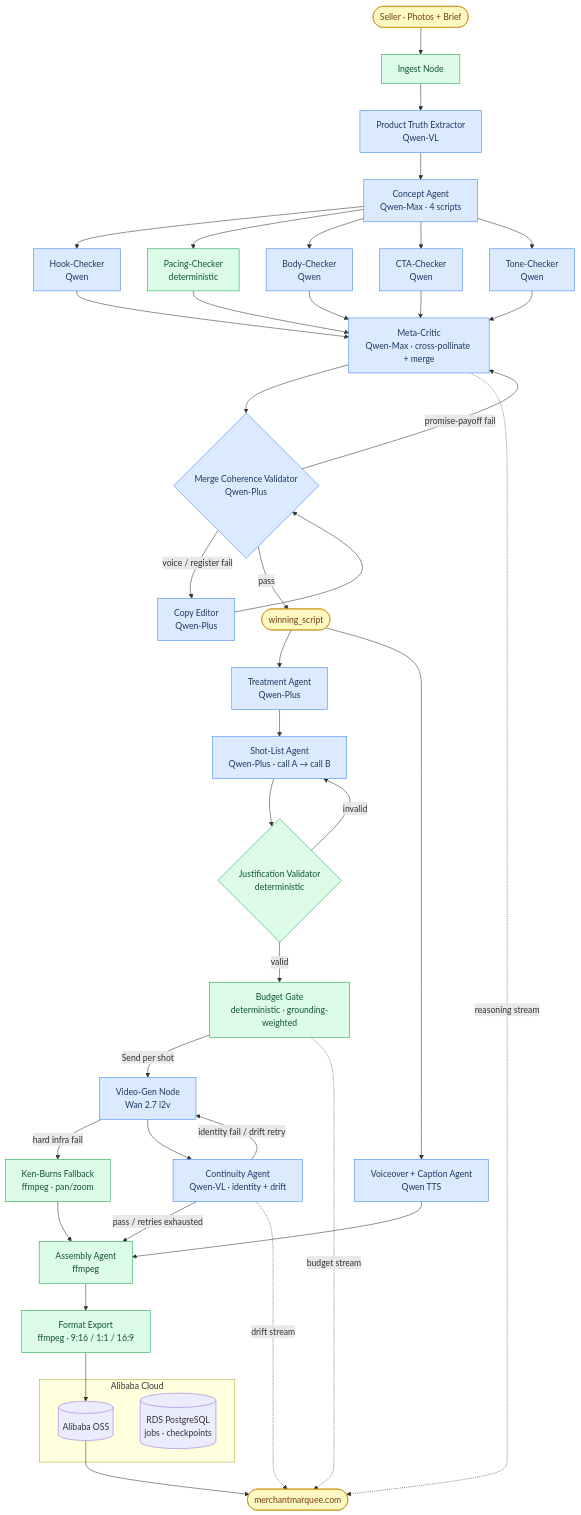
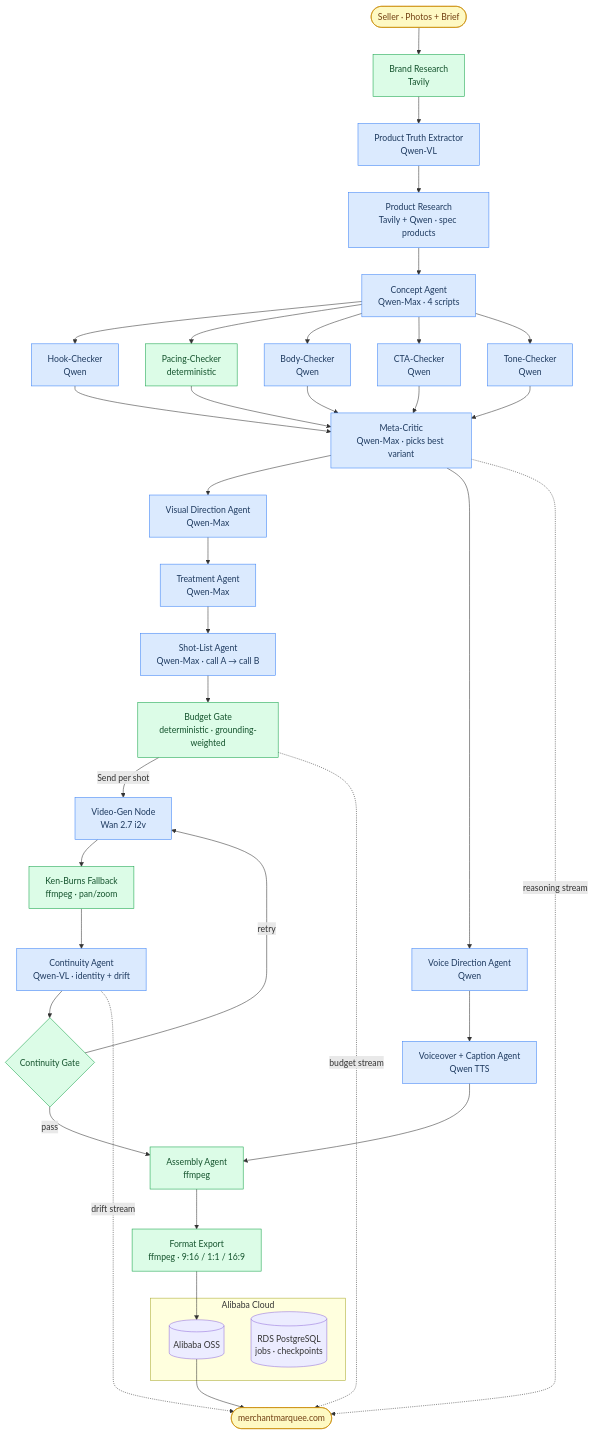
One commit to Rithvik1811/merchant-marquee changed the diagram in README.md. Above: the diagram before and after it, drawn with Mermaid. The commit also changed other lines of this file, not shown here.

Commit message:
Update README: reflect open-world-v2 pipeline (no merge, VDA, voice direction, product research)

````diff
--- a/README.md
+++ b/README.md
@@ -26,56 +26,52 @@
 ```mermaid
 flowchart TD
-    IN([Seller · Photos + Brief]) --> ING[Ingest Node]
-    ING --> PTE[Product Truth Extractor\nQwen-VL]
-    PTE --> CA[Concept Agent\nQwen-Max · 4 scripts]
+    IN([Seller · Photos + Brief]) --> BR[Brand Research\nTavily]
+    BR --> PTE[Product Truth Extractor\nQwen-VL]
+    PTE --> PRN[Product Research\nTavily + Qwen · spec products]
+    PRN --> CA[Concept Agent\nQwen-Max · 4 scripts]
 
     CA --> HC[Hook-Checker\nQwen]
     CA --> PAC[Pacing-Checker\ndeterministic]
     CA --> BC[Body-Checker\nQwen]
     CA --> CC[CTA-Checker\nQwen]
     CA --> TC[Tone-Checker\nQwen]
-    HC & PAC & BC & CC & TC --> MC[Meta-Critic\nQwen-Max · cross-pollinate + merge]
+    HC & PAC & BC & CC & TC --> MC[Meta-Critic\nQwen-Max · picks best variant]
 
-    MC --> MCV{Merge Coherence Validator\nQwen-Plus}
-    MCV -->|voice / register fail| CE[Copy Editor\nQwen-Plus]
-    CE --> MCV
-    MCV -->|promise-payoff fail| MC
-    MCV -->|pass| WIN([winning_script])
+    MC --> VDA[Visual Direction Agent\nQwen-Max]
+    MC --> VDE[Voice Direction Agent\nQwen]
 
-    WIN --> TA[Treatment Agent\nQwen-Plus]
-    WIN --> VOX[Voiceover + Caption Agent\nQwen TTS]
-
-    TA --> SLA[Shot-List Agent\nQwen-Plus · call A → call B]
-    SLA --> JV{Justification Validator\ndeterministic}
-    JV -->|invalid| SLA
-    JV -->|valid| BG[Budget Gate\ndeterministic · grounding-weighted]
+    VDA --> TA[Treatment Agent\nQwen-Max]
+    TA --> SLA["Shot-List Agent\nQwen-Max · call A → call B"]
+    SLA --> BG[Budget Gate\ndeterministic · grounding-weighted]
 
     BG -->|Send per shot| VG[Video-Gen Node\nWan 2.7 i2v]
-    VG -->|hard infra fail| KB[Ken-Burns Fallback\nffmpeg · pan/zoom]
-    VG --> CTY[Continuity Agent\nQwen-VL · identity + drift]
-    CTY -->|identity fail / drift retry| VG
-    CTY -->|pass / retries exhausted| ASM[Assembly Agent\nffmpeg]
-    KB --> ASM
+    VG --> KB[Ken-Burns Fallback\nffmpeg · pan/zoom]
+    KB --> CTY[Continuity Agent\nQwen-VL · identity + drift]
+    CTY --> CTG{Continuity Gate}
+    CTG -->|retry| VG
+    CTG -->|pass| ASM[Assembly Agent\nffmpeg]
+
+    VDE --> VOX[Voiceover + Caption Agent\nQwen TTS]
     VOX --> ASM
 
     ASM --> FMT[Format Export\nffmpeg · 9:16 / 1:1 / 16:9]
     FMT --> OSS[(Alibaba OSS)]
     OSS --> OUT([merchantmarquee.com])
 
     BG -.->|budget stream| OUT
     MC -.->|reasoning stream| OUT
     CTY -.->|drift stream| OUT
 
     subgraph CLOUD[Alibaba Cloud]
         OSS
         DB[(RDS PostgreSQL\njobs · checkpoints)]
     end
 
     classDef llm fill:#dbeafe,stroke:#3b82f6,color:#1e3a5f
     classDef det fill:#dcfce7,stroke:#16a34a,color:#14532d
     classDef io fill:#fef9c3,stroke:#ca8a04,color:#713f12
 
-    class PTE,CA,HC,BC,CC,TC,MC,CE,MCV,TA,SLA,CTY,VOX,VG llm
-    class ING,PAC,JV,BG,KB,ASM,FMT det
-    class IN,WIN,OUT io
+    class PTE,PRN,CA,HC,BC,CC,TC,MC,VDA,TA,SLA,CTY,VOX,VG,VDE llm
+    class BR,PAC,BG,KB,CTG,ASM,FMT det
+    class IN,OUT io
 ```
````
